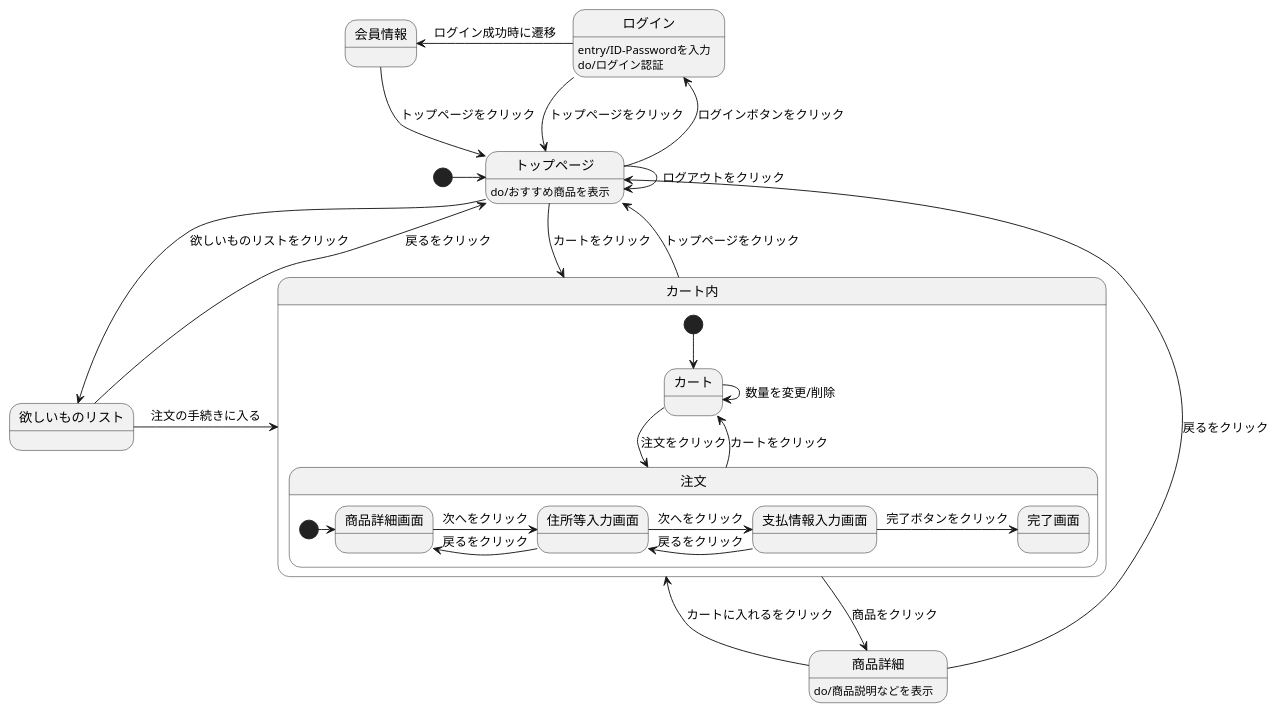
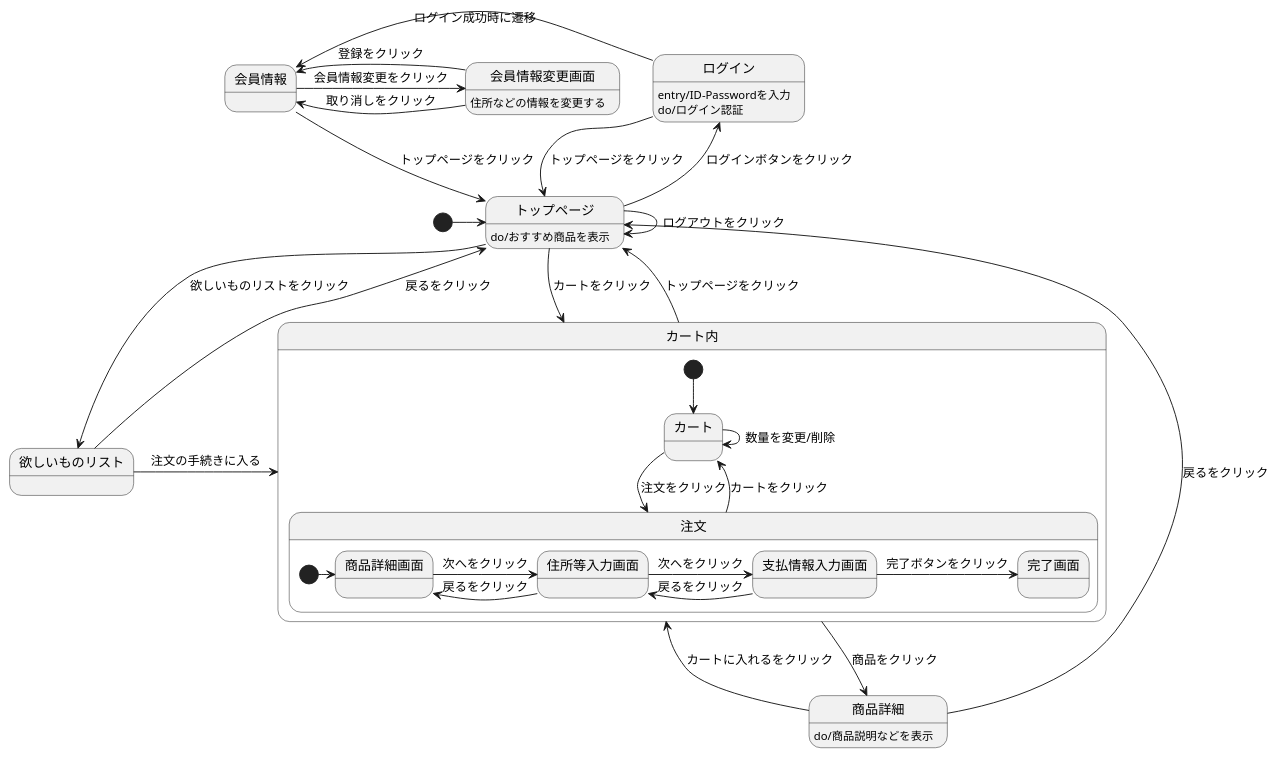
Before and after one commit to Aso2101121/2021sys-design-2: the diagram in orijinal.stw.md, drawn with PlantUML.

````diff
--- a/orijinal.stw.md
+++ b/orijinal.stw.md
@@ -1,37 +1,41 @@
 ```uml
 @startuml
 [*] -> トップページ
 トップページ : do/おすすめ商品を表示
 会員情報 --> トップページ : トップページをクリック
 ログイン --> トップページ : トップページをクリック
 トップページ --> トップページ : ログアウトをクリック
 トップページ -left-> ログイン : ログインボタンをクリック
 ログイン -left-> 会員情報 : ログイン成功時に遷移
 ログイン : entry/ID-Passwordを入力
 ログイン : do/ログイン認証
 トップページ --> カート内 : カートをクリック
 商品詳細 --> カート内 : カートに入れるをクリック
 商品詳細 --> トップページ : 戻るをクリック
 商品詳細 : do/商品説明などを表示
 カート内 -up-> トップページ : トップページをクリック
 カート内 -> 商品詳細 : 商品をクリック
 欲しいものリスト --> トップページ : 戻るをクリック
 トップページ -> 欲しいものリスト : 欲しいものリストをクリック
 欲しいものリスト -> カート内 : 注文の手続きに入る
+会員情報 -> 会員情報変更画面 : 会員情報変更をクリック
+会員情報変更画面 -left-> 会員情報 : 登録をクリック
+会員情報変更画面 -left-> 会員情報 : 取り消しをクリック
+会員情報変更画面 : 住所などの情報を変更する
 
 state カート内{
  [*] --> カート
  カート -> 注文 : 注文をクリック
  カート -> カート : 数量を変更/削除
  注文 --> カート : カートをクリック
  state 注文{
   [*] -> 商品詳細画面
   商品詳細画面 -> 住所等入力画面 : 次へをクリック
   住所等入力画面 -> 商品詳細画面 : 戻るをクリック
   住所等入力画面 -> 支払情報入力画面 : 次へをクリック
   支払情報入力画面 -> 住所等入力画面 : 戻るをクリック
   支払情報入力画面 -> 完了画面 : 完了ボタンをクリック
  }
 }
 @enduml
 ```
````
